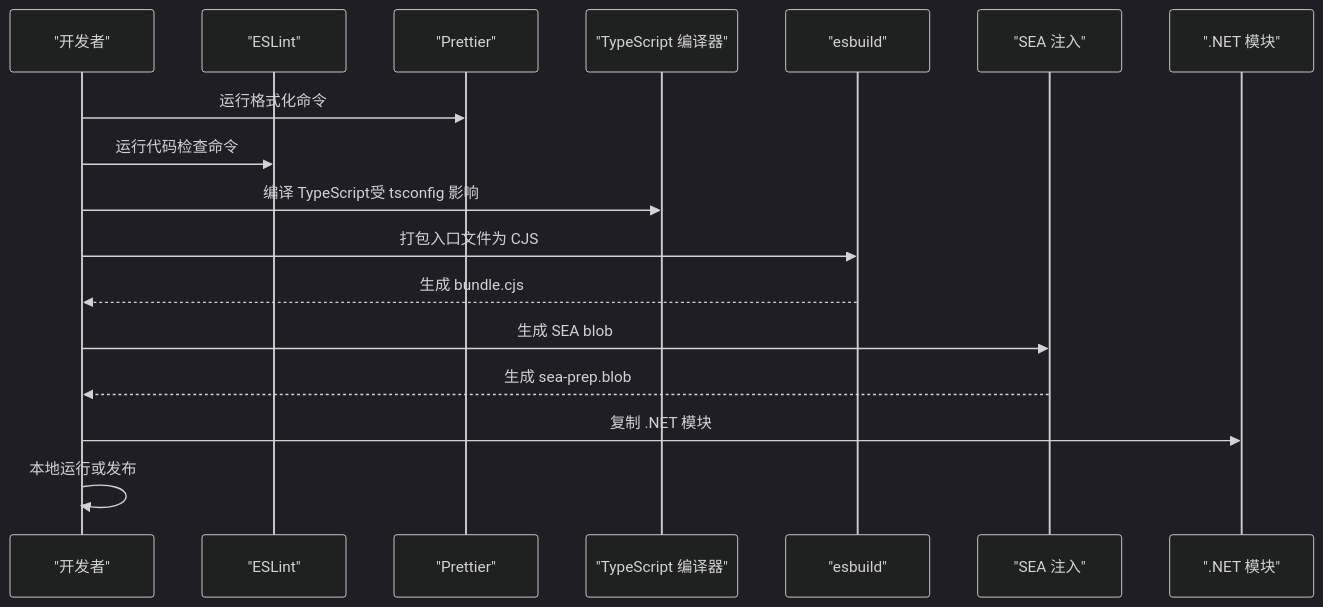
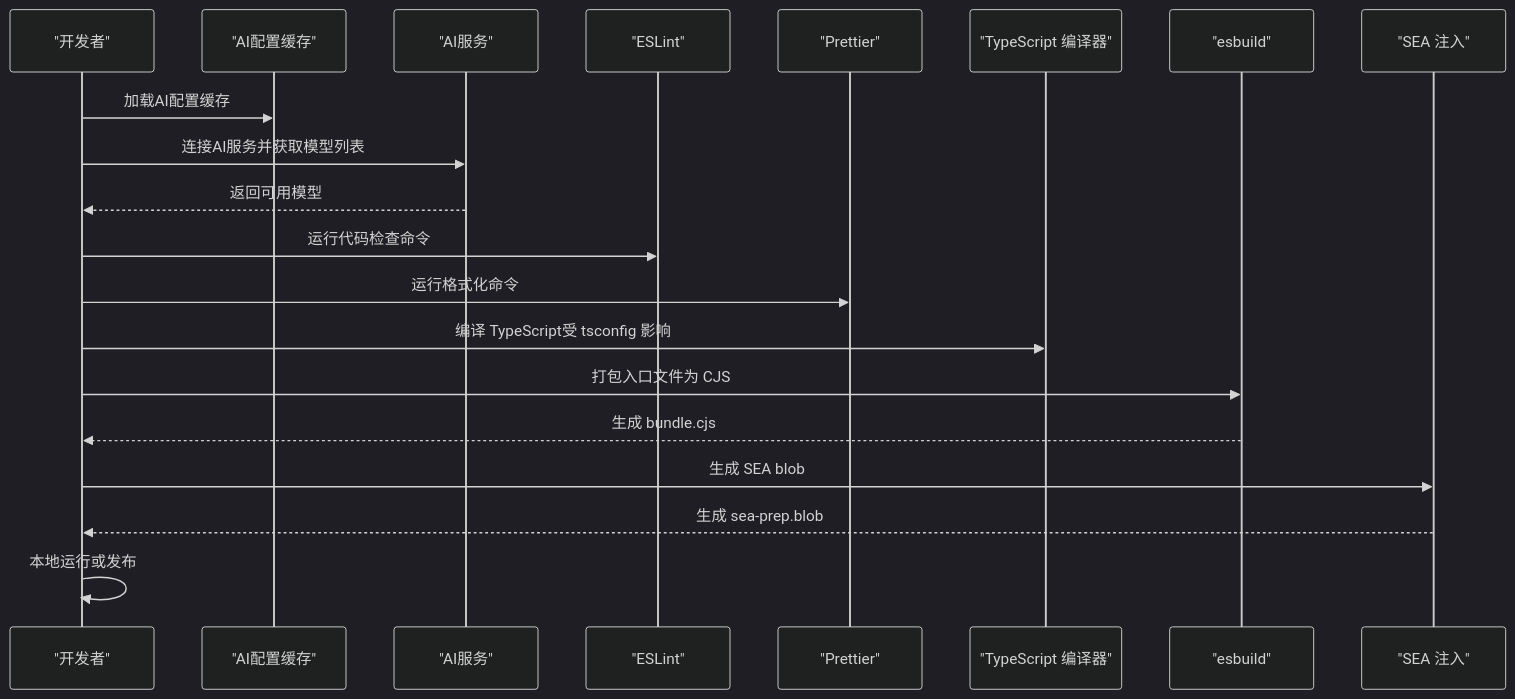
The second of 3 diagrams in .qoder/repowiki/zh/content/配置管理.md (hllshiro/doc2md-cli), drawn with Mermaid (dark theme) before and after one commit. The commit also changed other lines of this file and 5 other files, not shown here.

First line of the commit message:
feat(config): 新增AI配置管理与图片识别功能

````diff
--- a/.qoder/repowiki/zh/content/配置管理.md
+++ b/.qoder/repowiki/zh/content/配置管理.md
@@ -104,19 +132,22 @@
 ```mermaid
 sequenceDiagram
 participant Dev as "开发者"
+participant Cache as "AI配置缓存"
+participant AI as "AI服务"
 participant ESL as "ESLint"
 participant PRE as "Prettier"
 participant TS as "TypeScript 编译器"
 participant ESB as "esbuild"
 participant SEA as "SEA 注入"
-participant NET as ".NET 模块"
+Dev->>Cache : 加载AI配置缓存
+Dev->>AI : 连接AI服务并获取模型列表
+AI-->>Dev : 返回可用模型
+Dev->>ESL : 运行代码检查命令
 Dev->>PRE : 运行格式化命令
-Dev->>ESL : 运行代码检查命令
 Dev->>TS : 编译 TypeScript受 tsconfig 影响
 Dev->>ESB : 打包入口文件为 CJS
 ESB-->>Dev : 生成 bundle.cjs
 Dev->>SEA : 生成 SEA blob
 SEA-->>Dev : 生成 sea-prep.blob
-Dev->>NET : 复制 .NET 模块
 Dev->>Dev : 本地运行或发布
 ```
````
